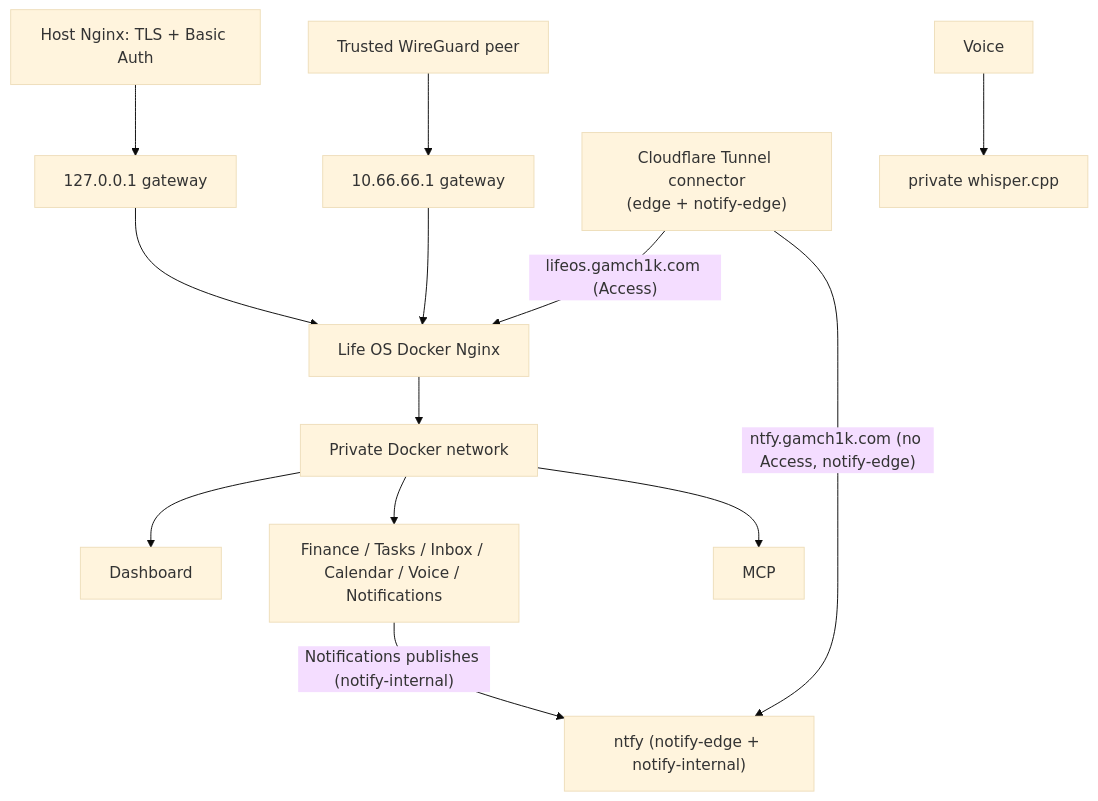
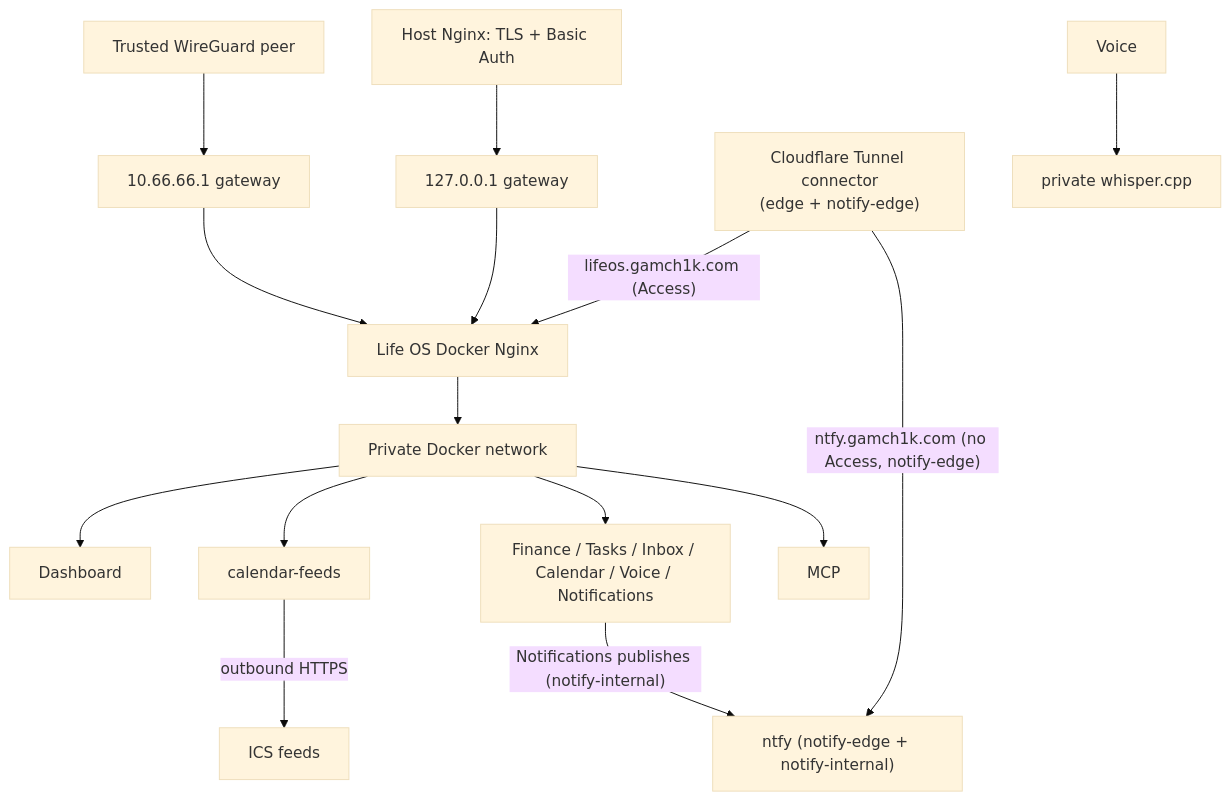
The diagram in docs/architecture/networking.md (GAMch1k/life-os), drawn with Mermaid (base theme) before and after one commit. The commit also changed other lines of this file and 10 other files, not shown here.

First line of the commit message:
P11-08 document calendar-feeds and the feeds handoff

````diff
--- a/docs/architecture/networking.md
+++ b/docs/architecture/networking.md
@@ -3,15 +3,17 @@
 ```mermaid
 flowchart TB
  Host[Host Nginx: TLS + Basic Auth] --> Loopback[127.0.0.1 gateway]
  WireGuard[Trusted WireGuard peer] --> WGGateway[10.66.66.1 gateway]
  Tunnel["Cloudflare Tunnel connector<br>(edge + notify-edge)"] -- "lifeos.gamch1k.com (Access)" --> Gateway
  Loopback --> Gateway[Life OS Docker Nginx]
  WGGateway --> Gateway
  Gateway --> Private[Private Docker network]
  Private --> Dashboard
  Private --> APIs[Finance / Tasks / Inbox / Calendar / Voice / Notifications]
+ Private --> Feeds[calendar-feeds]
+ Feeds -- "outbound HTTPS" --> ICS[ICS feeds]
  Private --> MCP
  Voice --> Whisper[private whisper.cpp]
  Tunnel -- "ntfy.gamch1k.com (no Access, notify-edge)" --> Ntfy["ntfy (notify-edge + notify-internal)"]
  APIs -- "Notifications publishes (notify-internal)" --> Ntfy
 ```
````
